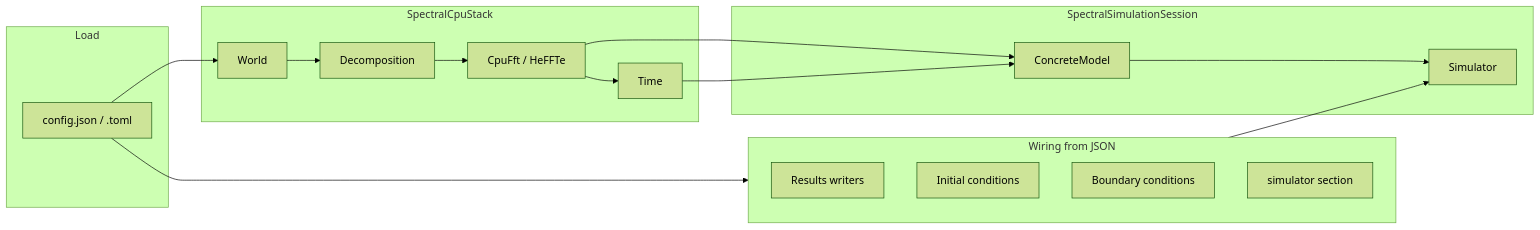
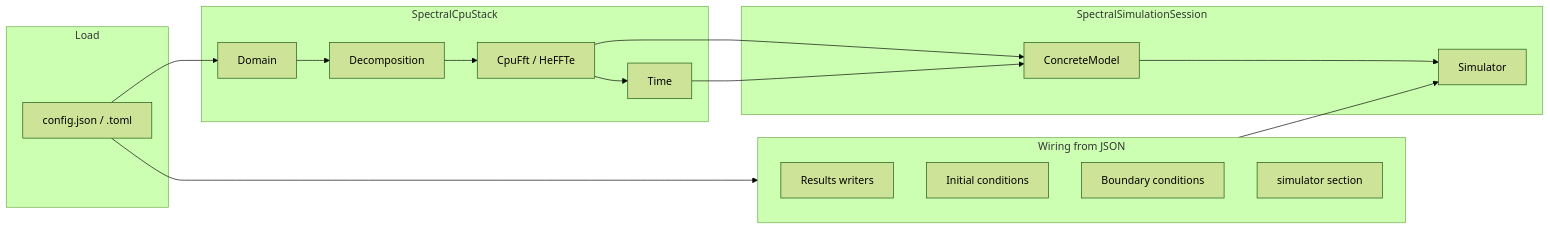
The diagram in docs/user_guide/app_pipeline.md (VTT-ProperTune/OpenPFC), drawn with Mermaid (forest theme) before and after one commit. The commit also changed other lines of this file and 6 other files, not shown here.

First line of the commit message:
Migrate learning docs from deprecated World to Domain

````diff
--- a/docs/user_guide/app_pipeline.md
+++ b/docs/user_guide/app_pipeline.md
@@ -14,28 +14,28 @@
 ```mermaid
 flowchart LR
   subgraph load [Load]
     A[config.json / .toml]
   end
   subgraph stack [SpectralCpuStack]
-    W[World]
+    W[Domain]
     D[Decomposition]
     F[CpuFft / HeFFTe]
     T[Time]
   end
   subgraph session [SpectralSimulationSession]
     M[ConcreteModel]
     S[Simulator]
   end
   subgraph wire [Wiring from JSON]
     RW[Results writers]
     IC[Initial conditions]
     BC[Boundary conditions]
     SM[simulator section]
   end
   A --> W --> D --> F --> T
   F --> M
   T --> M
   M --> S
   A --> wire
   wire --> S
 ```
````
